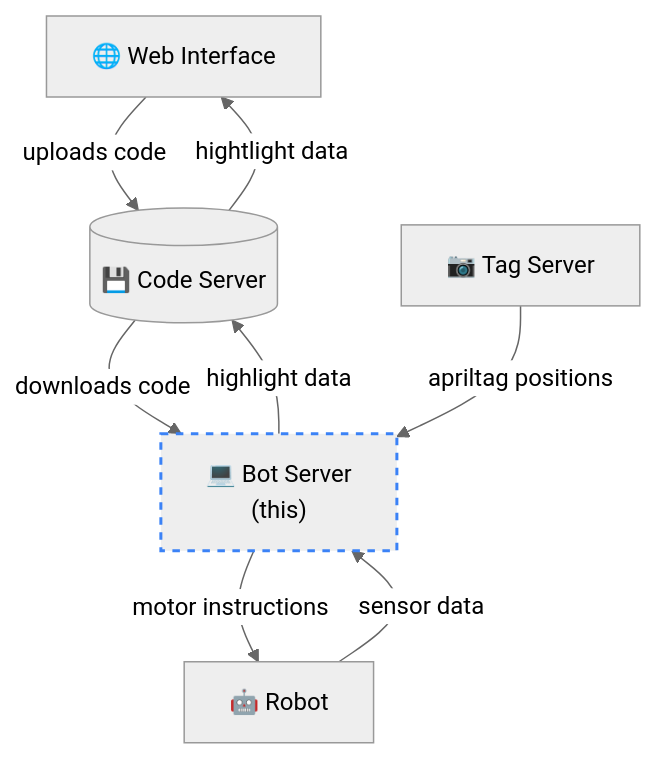
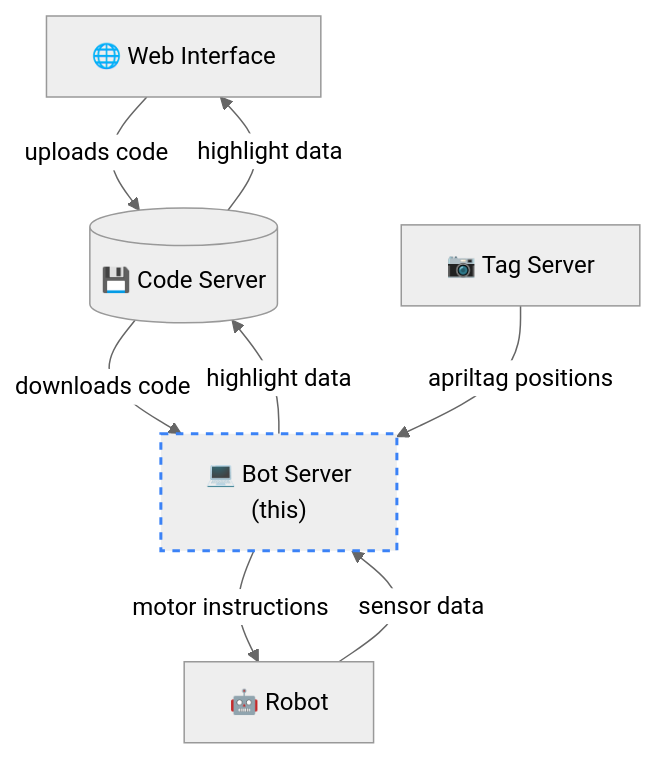
Before and after one commit to AutoSumo/server: the diagram in readme.md, drawn with Mermaid (neutral theme).

Commit message:
fix readme typo (hightlight -> highlight)

````diff
--- a/readme.md
+++ b/readme.md
@@ -5,17 +5,17 @@
 ```mermaid
 flowchart TD
     web["🌐 Web Interface"] -->|uploads code| code-server[("💾 Code Server")]
-    code-server -->|hightlight data| web
+    code-server -->|highlight data| web
     code-server -->|downloads code| bot-server["💻 Bot Server\n(this)"]
     bot-server -->|highlight data| code-server
     bot-server -->|motor instructions| robot["🤖 Robot"]
     robot -->|sensor data| bot-server
     tag-server["📷 Tag Server"] -->|apriltag positions| bot-server
     
     style bot-server stroke-width:2px,stroke-dasharray: 5 5,stroke:#3b82f6
     
     click web "https://github.com/AutoSumo/web"
     click code-server "https://github.com/AutoSumo/code-server"
     click robot "https://github.com/AutoSumo/robot"
     click tag-server "https://github.com/AutoSumo/tag-server"
 ```
````
